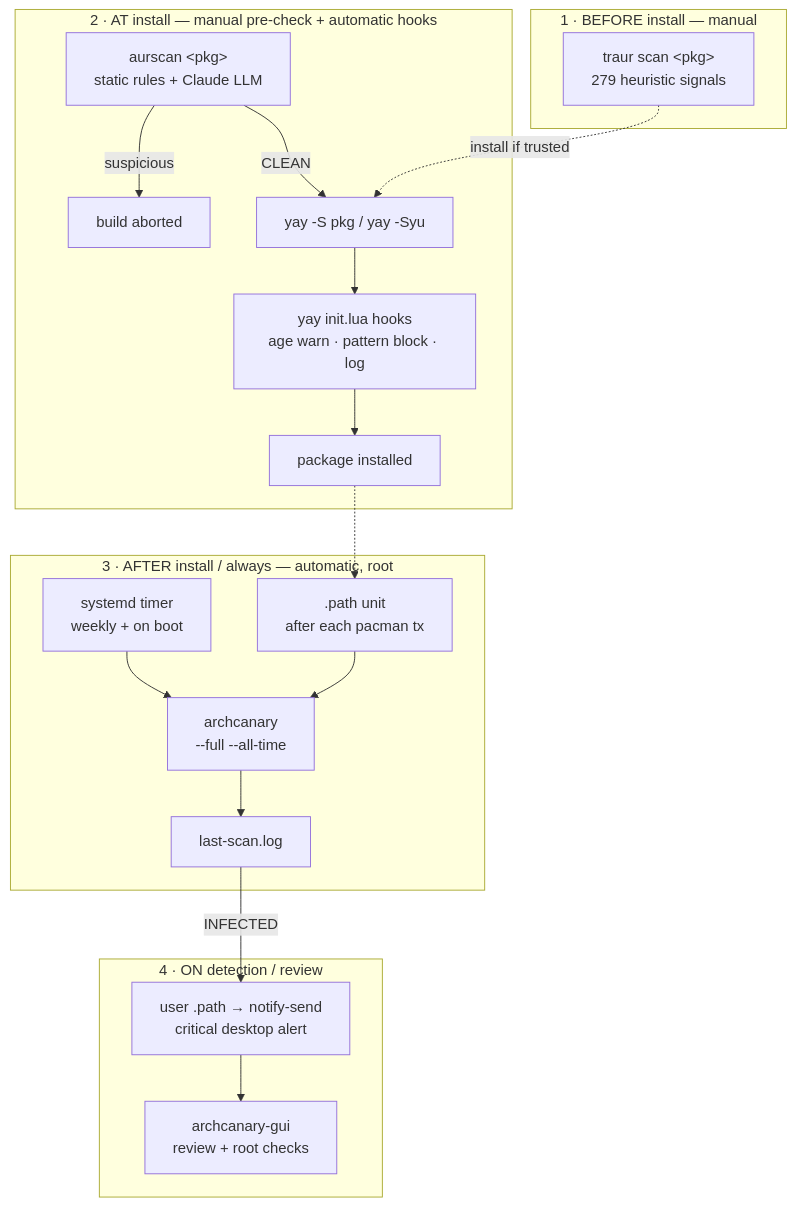
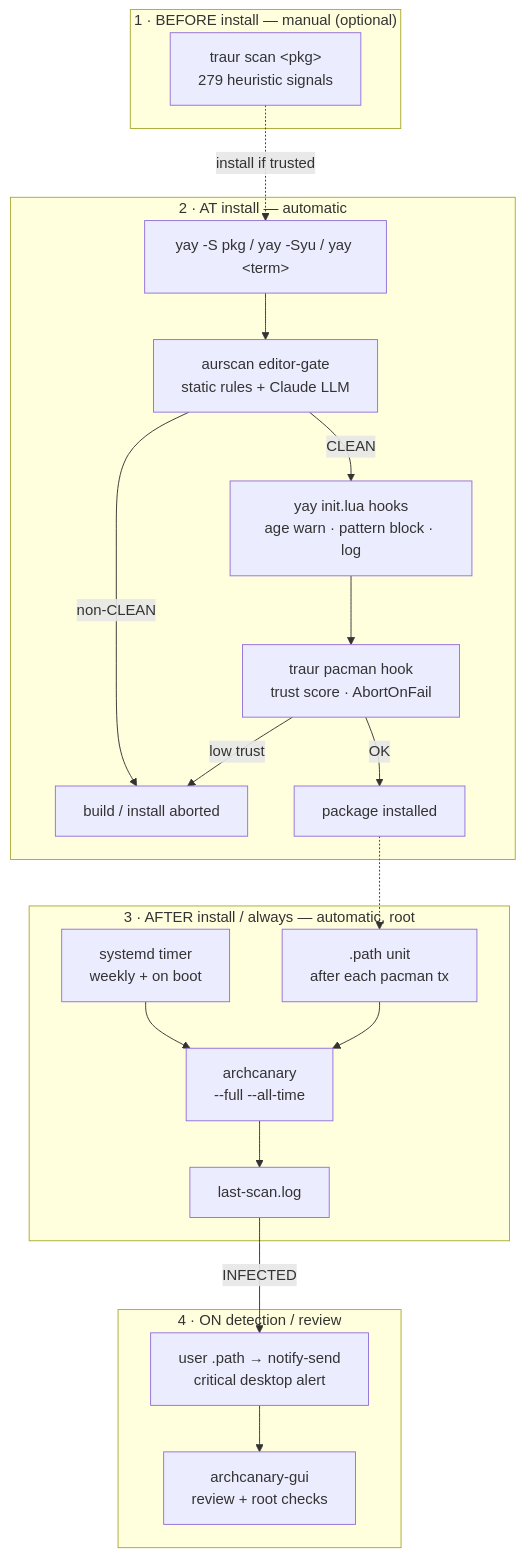
The diagram in docs/overview.md (musqz/archcanary), drawn with Mermaid before and after one commit. The commit also changed other lines of this file and 6 other files, not shown here.

First line of the commit message:
docs: document aurscan editor-gate and traur pacman hook (#6)

````diff
--- a/docs/overview.md
+++ b/docs/overview.md
@@ -10,27 +10,29 @@
 ```mermaid
 flowchart TD
-    subgraph PRE["1 · BEFORE install — manual"]
+    subgraph PRE["1 · BEFORE install — manual (optional)"]
         T["traur scan &lt;pkg&gt;<br/>279 heuristic signals"]
     end
 
-    subgraph AT["2 · AT install — manual pre-check + automatic hooks"]
-        AS["aurscan &lt;pkg&gt;<br/>static rules + Claude LLM"] -->|suspicious| AB["build aborted"]
-        AS -->|CLEAN| U["yay -S pkg / yay -Syu"]
-        U --> LUA["yay init.lua hooks<br/>age warn · pattern block · log"]
-        LUA --> OK["package installed"]
+    subgraph AT["2 · AT install — automatic"]
+        U["yay -S pkg / yay -Syu / yay &lt;term&gt;"] --> GATE["aurscan editor-gate<br/>static rules + Claude LLM"]
+        GATE -->|non-CLEAN| AB["build / install aborted"]
+        GATE -->|CLEAN| LUA["yay init.lua hooks<br/>age warn · pattern block · log"]
+        LUA --> TH["traur pacman hook<br/>trust score · AbortOnFail"]
+        TH -->|low trust| AB
+        TH -->|OK| OK["package installed"]
     end
 
     subgraph AFTER["3 · AFTER install / always — automatic, root"]
         TIM["systemd timer<br/>weekly + on boot"] --> SCAN["archcanary<br/>--full --all-time"]
         PTH[".path unit<br/>after each pacman tx"] --> SCAN
         SCAN --> LOG["last-scan.log"]
     end
 
     subgraph ALERT["4 · ON detection / review"]
         LOG -->|INFECTED| NOT["user .path → notify-send<br/>critical desktop alert"]
         NOT --> GUI["archcanary-gui<br/>review + root checks"]
     end
 
     T -.->|install if trusted| U
     OK -.-> PTH
 ```
````
